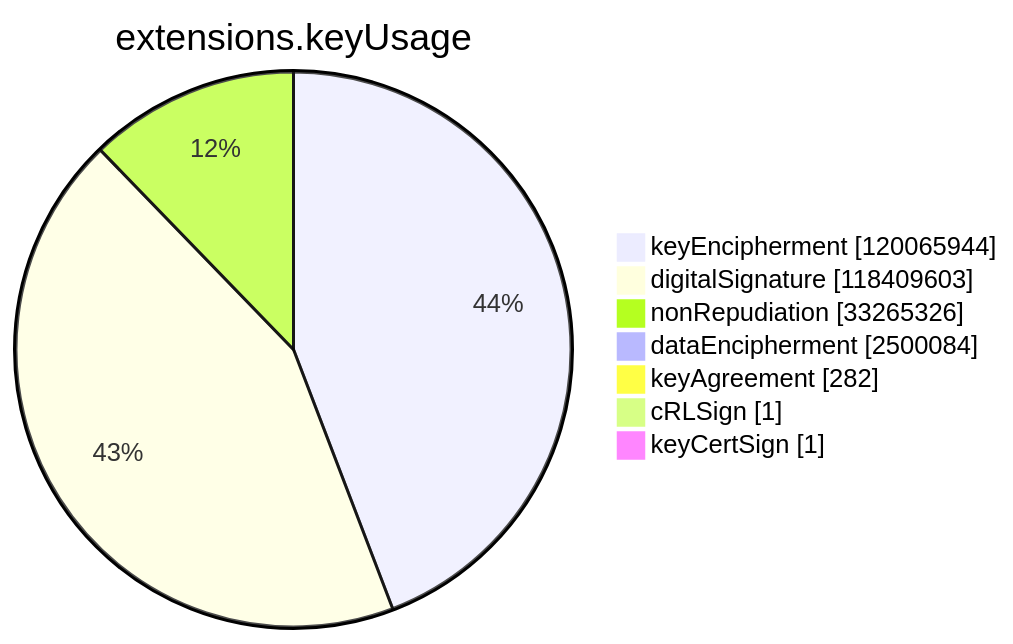
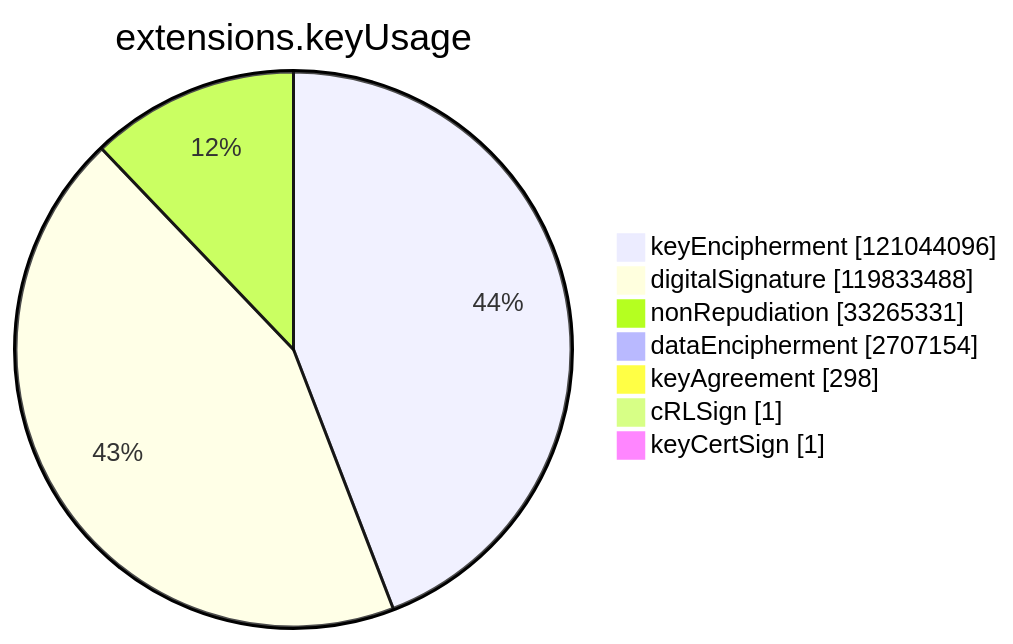
One commit to christiankrug/ctmonitor_visualization changed the sixth of 15 diagrams in xenon2023/README.md. Above: the diagram before and after it, drawn with Mermaid. The commit also changed other lines of this file, not shown here.

````diff
--- a/xenon2023/README.md
+++ b/xenon2023/README.md
@@ -2148,11 +2154,11 @@
 ```mermaid
 pie showData
 title extensions.keyUsage
-"keyEncipherment" :120065944
-"digitalSignature" :118409603
-"nonRepudiation" :33265326
-"dataEncipherment" :2500084
-"keyAgreement" :282
+"keyEncipherment" :121044096
+"digitalSignature" :119833488
+"nonRepudiation" :33265331
+"dataEncipherment" :2707154
+"keyAgreement" :298
 "cRLSign" :1
 "keyCertSign" :1
 ```
````
